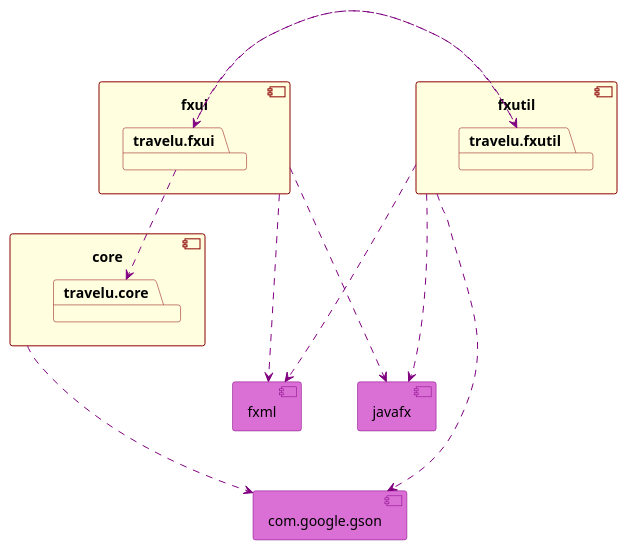
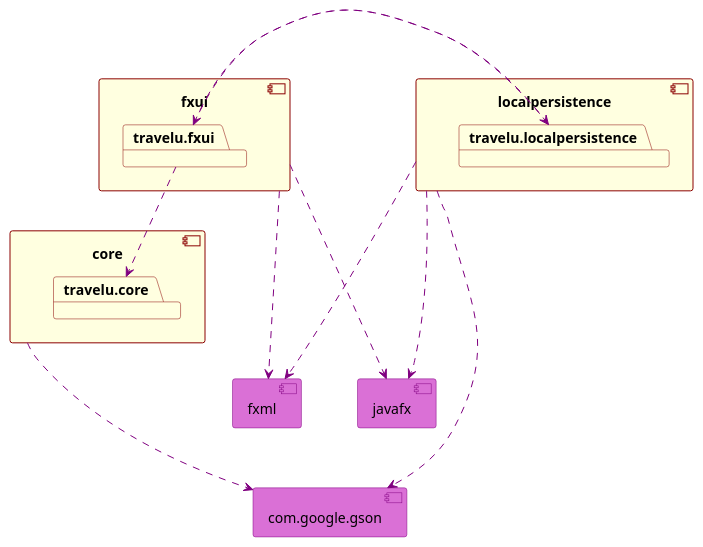
The diagram in docs/packageDiagram.plantuml (tbwiik/Travelu), drawn with PlantUML before and after one commit. The commit also changed 1 other file, not shown here.

Commit message:
docs: replace fxutil with localpersistence

```diff
--- a/docs/packageDiagram.plantuml
+++ b/docs/packageDiagram.plantuml
@@ -1,45 +1,45 @@
 @startuml 
 
 component fxui {
   package travelu.fxui {
 }
 }
 
-component fxutil {
-  package travelu.fxutil {
+component localpersistence {
+  package travelu.localpersistence {
 }
 }
 
 component core {
   package travelu.core {
 }
 }
 
 skinparam component{
   BorderColor #800080
   ArrowColor purple
   BackgroundColor orchid
 }
 
 skinparam package{
   BackgroundColor lightyellow
   BorderColor #8B0000
 }
 
 [fxml] 
 [javafx]
 [com.google.gson] 
 
 fxui ...> fxml
 fxui ...> javafx
-fxutil ...> fxml
-fxutil ...> javafx
-fxutil ..> com.google.gson
+localpersistence ...> fxml
+localpersistence ...> javafx
+localpersistence ..> com.google.gson
 
 core ...> com.google.gson
 
 travelu.fxui ..> travelu.core
-travelu.fxui ..> travelu.fxutil
-travelu.fxutil ..> travelu.fxui
+travelu.fxui ..> travelu.localpersistence
+travelu.localpersistence ..> travelu.fxui
 
 @enduml
```
